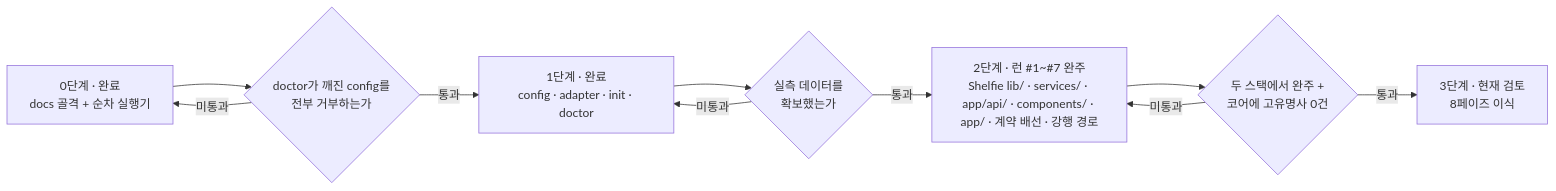
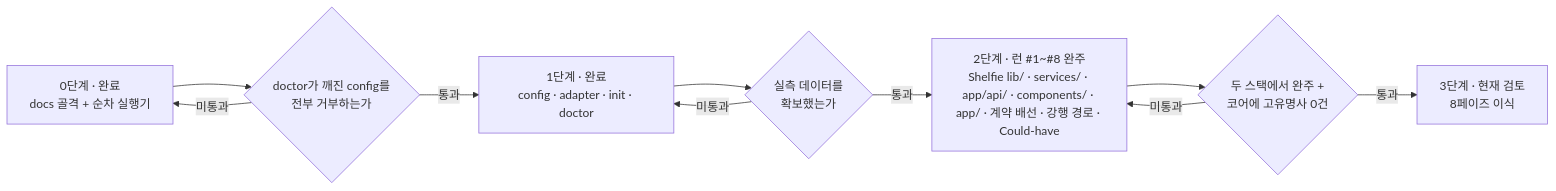
Before and after one commit to hyuham1335-stack/banana-island-ops: the first of 2 diagrams in docs/harness/ROADMAP.md, drawn with Mermaid. The commit also changed other lines of this file and 2 other files, not shown here.

````diff
--- a/docs/harness/ROADMAP.md
+++ b/docs/harness/ROADMAP.md
@@ -54,18 +54,18 @@
 ```mermaid
 flowchart LR
     S0["0단계 · 완료<br/>docs 골격 + 순차 실행기"]
     S1["1단계 · 완료<br/>config · adapter · init · doctor"]
-    S2["2단계 · 런 #1~#7 완주<br/>Shelfie lib/ · services/ · app/api/ · components/ · app/ · 계약 배선 · 강행 경로"]
+    S2["2단계 · 런 #1~#8 완주<br/>Shelfie lib/ · services/ · app/api/ · components/ · app/ · 계약 배선 · 강행 경로 · Could-have"]
     S3["3단계 · 현재 검토<br/>8페이즈 이식"]
 
     S0 --> G1{"doctor가 깨진 config를<br/>전부 거부하는가"}
     G1 -->|통과| S1
     S1 --> G2{"실측 데이터를<br/>확보했는가"}
     G2 -->|통과| S2
     S2 --> G3{"두 스택에서 완주 +<br/>코어에 고유명사 0건"}
     G3 -->|통과| S3
 
     G1 -->|미통과| S0
     G2 -->|미통과| S1
     G3 -->|미통과| S2
 ```
````
